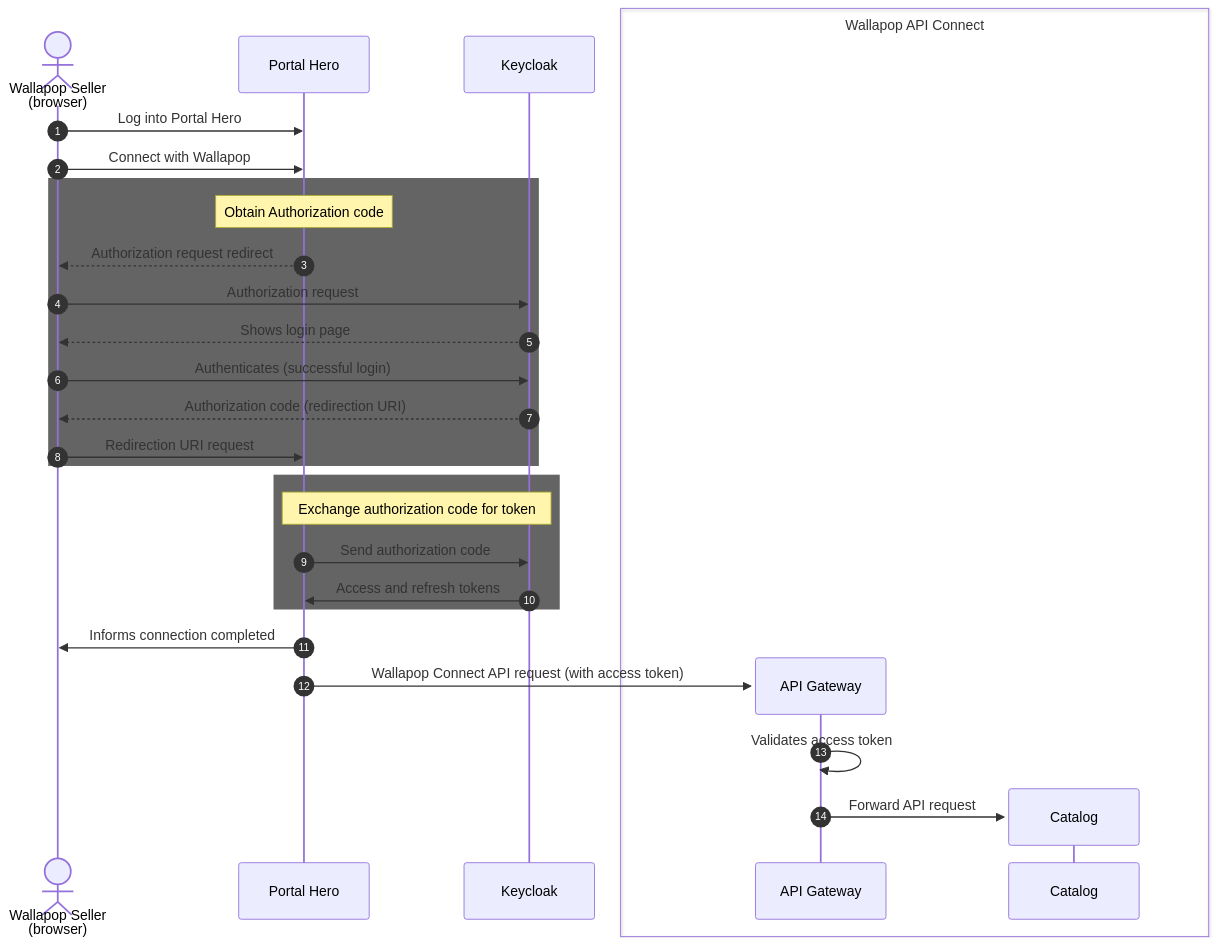
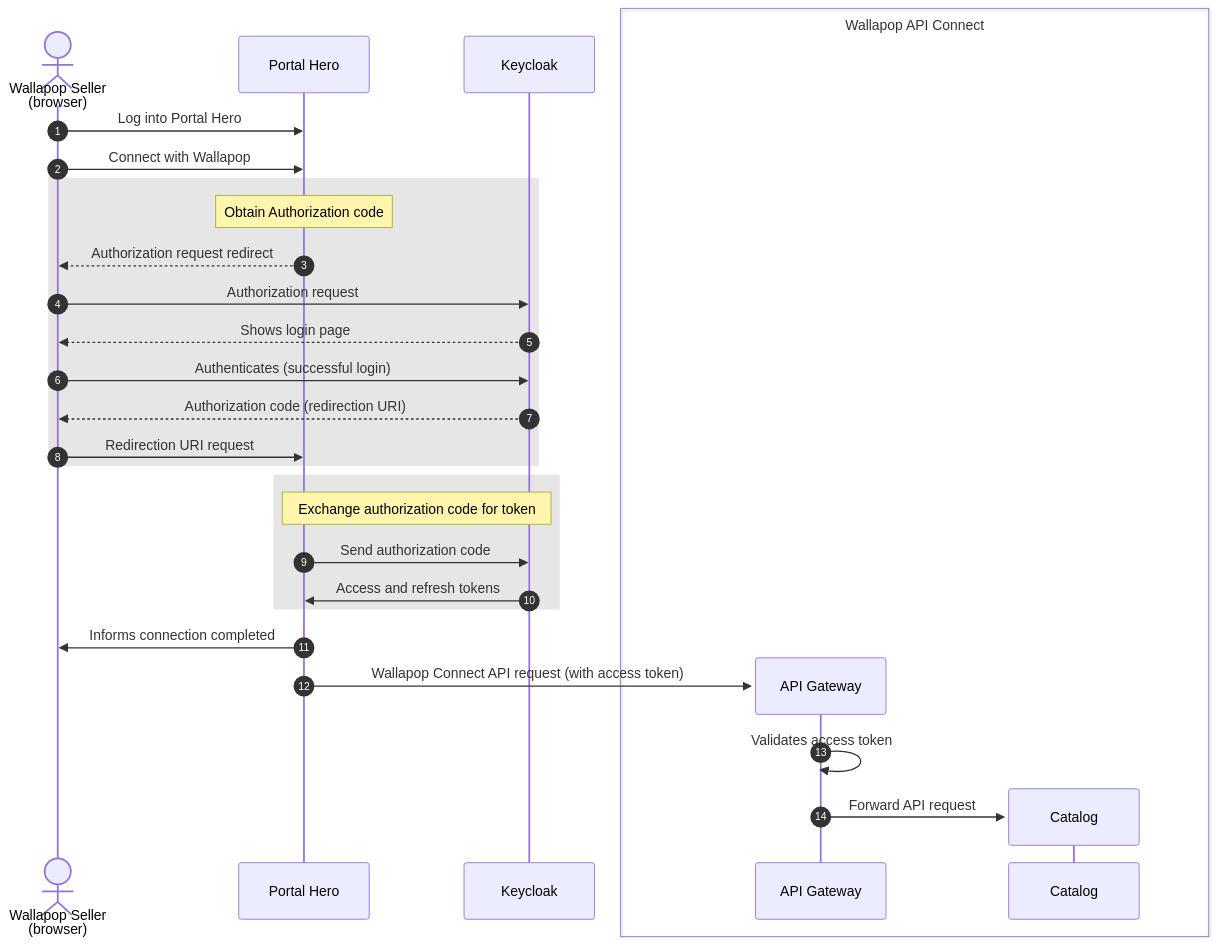
The diagram in README.md (rominaangeloni/nd035-c4-Security-and-DevOps), drawn with Mermaid before and after one commit.

Commit message:
Lighter color in diagram

````diff
--- a/README.md
+++ b/README.md
@@ -34,35 +34,35 @@
 ```mermaid
 sequenceDiagram
     autonumber
    actor Seller as Wallapop Seller<br/>(browser)
     participant PH as Portal Hero
    participant IdP as Keycloak
    Seller ->> PH: Log into Portal Hero
    Seller ->> PH: Connect with Wallapop
-   rect rgb(100,100,100)
+   rect rgb(230, 230, 230)
       Note over PH: Obtain Authorization code
       PH -->> Seller: Authorization request redirect
       Seller ->> IdP: Authorization request
       IdP -->> Seller: Shows login page
       Seller ->> IdP: Authenticates (successful login)
       IdP -->> Seller: Authorization code (redirection URI)
       Seller ->> PH: Redirection URI request
    end
-   rect rgb(100,100,100)
+   rect rgb(230, 230, 230)
       Note over PH, IdP: Exchange authorization code for token
       PH ->> IdP: Send authorization code
       IdP ->> PH: Access and refresh tokens
    end
    PH ->> Seller: Informs connection completed
    create participant ApiGW as API Gateway
    PH ->> ApiGW: Wallapop Connect API request (with access token)
    ApiGW ->> ApiGW: Validates access token
    create participant C as Catalog
    ApiGW ->> C: Forward API request
 
    box Wallapop API Connect
       participant ApiGW
       participant C
    end
 
 ```
````
